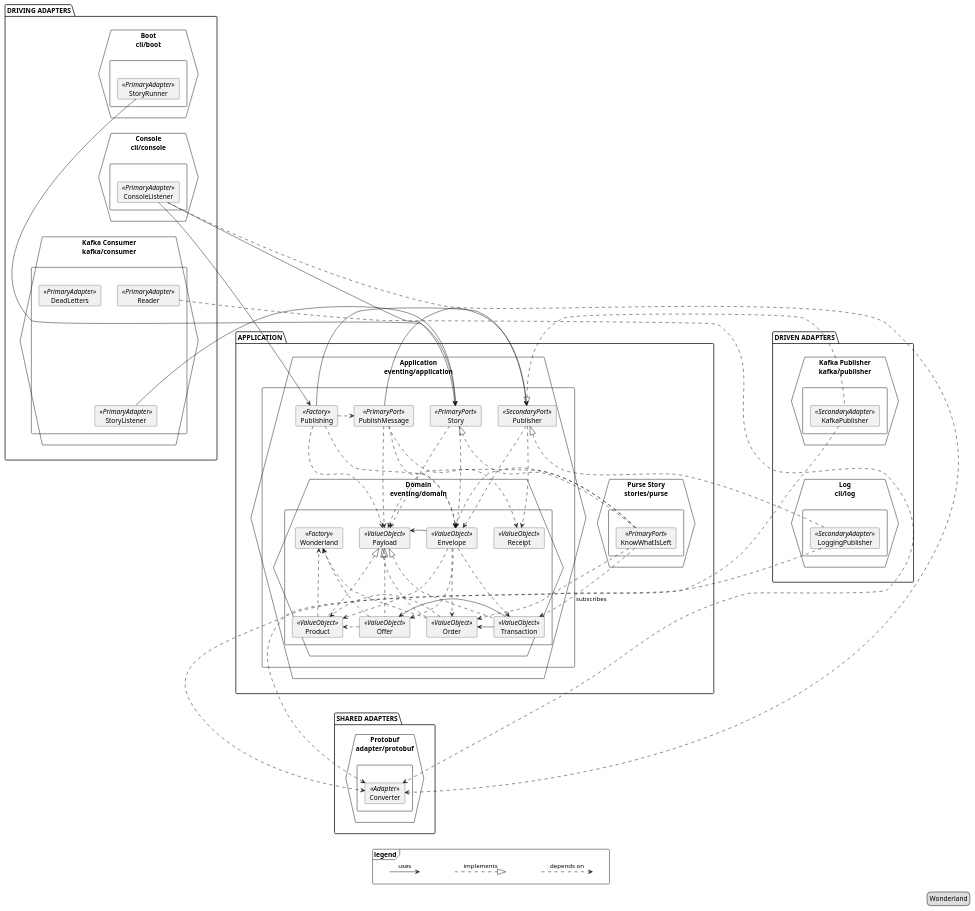
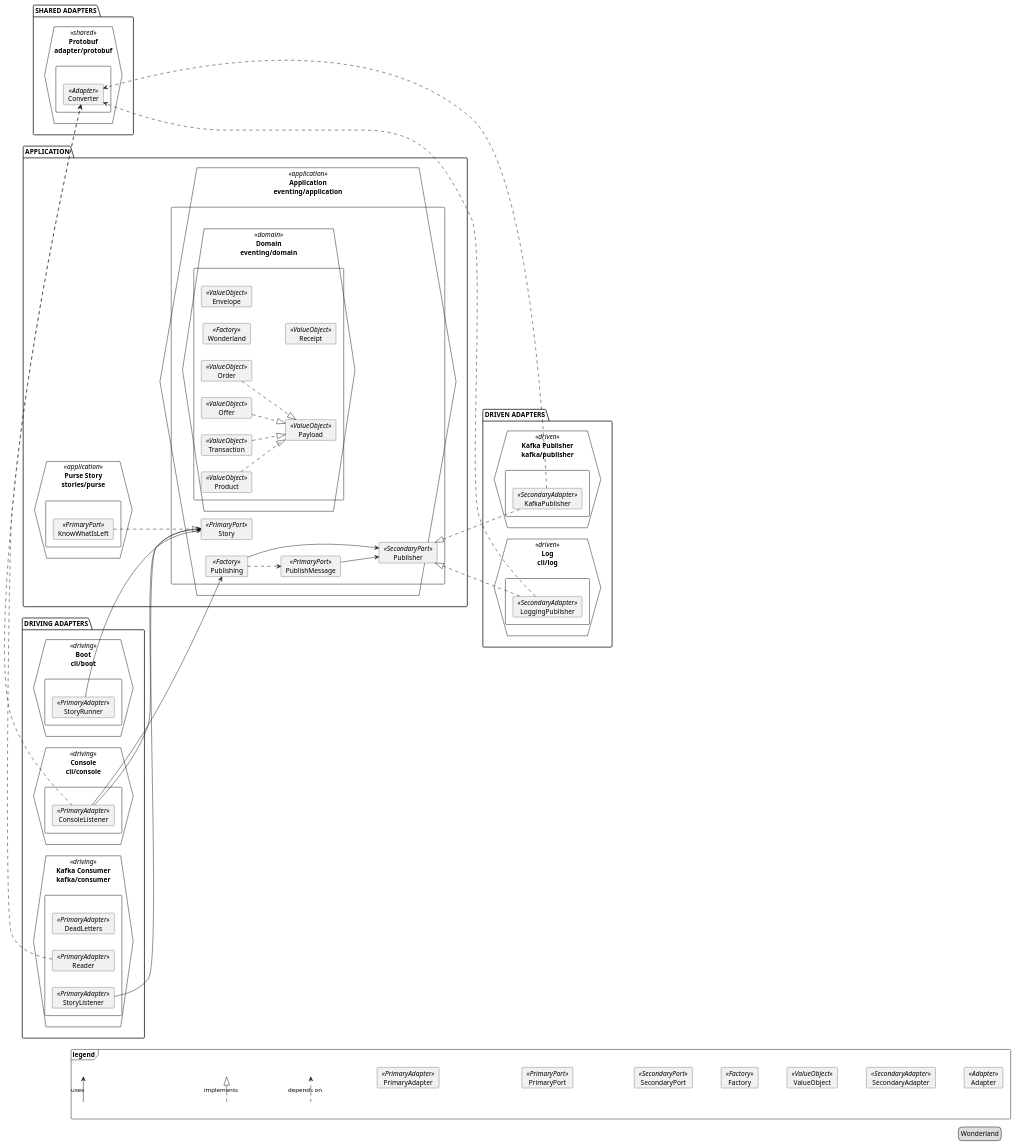
Before and after one commit to Mathmagicians/wonderland-eventing-playground: the diagram in examples/purse/docs/generated/architecture/plantuml/hexagon.puml, drawn with PlantUML. The commit also changed 156 other files, not shown here.

```diff
--- a/examples/purse/docs/generated/architecture/plantuml/hexagon.puml
+++ b/examples/purse/docs/generated/architecture/plantuml/hexagon.puml
@@ -1,169 +1,120 @@
 @startuml
 ' the hexagon from the model: Spring Modulith modules placed by their jMolecules stereotypes
+left to right direction
 
 package "DRIVING ADAPTERS" as driving {
-  hexagon "Boot\ncli/boot" as m_Boot {
+  hexagon "Boot\ncli/boot" as m_Boot <<driving>> {
     rectangle " " as m_Boot_in {
       card "StoryRunner" as m_Boot_StoryRunner <<PrimaryAdapter>>
     }
   }
-  hexagon "Console\ncli/console" as m_Console {
+  hexagon "Console\ncli/console" as m_Console <<driving>> {
     rectangle " " as m_Console_in {
       card "ConsoleListener" as m_Console_ConsoleListener <<PrimaryAdapter>>
     }
   }
-  hexagon "Kafka Consumer\nkafka/consumer" as m_Kafka_Consumer {
+  hexagon "Kafka Consumer\nkafka/consumer" as m_Kafka_Consumer <<driving>> {
     rectangle " " as m_Kafka_Consumer_in {
       card "DeadLetters" as m_Kafka_Consumer_DeadLetters <<PrimaryAdapter>>
       card "Reader" as m_Kafka_Consumer_Reader <<PrimaryAdapter>>
       card "StoryListener" as m_Kafka_Consumer_StoryListener <<PrimaryAdapter>>
-      m_Kafka_Consumer_DeadLetters -[hidden]right-> m_Kafka_Consumer_Reader
-      m_Kafka_Consumer_DeadLetters -[hidden]down-> m_Kafka_Consumer_StoryListener
     }
   }
-  m_Boot_StoryRunner -[hidden]down-> m_Console_ConsoleListener
-  m_Console_ConsoleListener -[hidden]down-> m_Kafka_Consumer_DeadLetters
 }
 package "APPLICATION" as core {
-  hexagon "Application\neventing/application" as m_Application {
+  hexagon "Application\neventing/application" as m_Application <<application>> {
     rectangle " " as m_Application_in {
       card "PublishMessage" as m_Application_PublishMessage <<PrimaryPort>>
       card "Story" as m_Application_Story <<PrimaryPort>>
       card "Publisher" as m_Application_Publisher <<SecondaryPort>>
       card "Publishing" as m_Application_Publishing <<Factory>>
-      m_Application_PublishMessage -[hidden]right-> m_Application_Story
-      m_Application_Story -[hidden]right-> m_Application_Publisher
-      m_Application_Publisher -[hidden]right-> m_Application_Publishing
-      hexagon "Domain\neventing/domain" as m_Domain {
+      hexagon "Domain\neventing/domain" as m_Domain <<domain>> {
         rectangle " " as m_Domain_in {
           card "Wonderland" as m_Domain_Wonderland <<Factory>>
           card "Envelope" as m_Domain_Envelope <<ValueObject>>
           card "Payload" as m_Domain_Payload <<ValueObject>>
           card "Offer" as m_Domain_Offer <<ValueObject>>
           card "Order" as m_Domain_Order <<ValueObject>>
           card "Product" as m_Domain_Product <<ValueObject>>
           card "Transaction" as m_Domain_Transaction <<ValueObject>>
-          m_Domain_Offer .up.|> m_Domain_Payload
-          m_Domain_Order .up.|> m_Domain_Payload
-          m_Domain_Product .up.|> m_Domain_Payload
-          m_Domain_Transaction .up.|> m_Domain_Payload
+          m_Domain_Offer ..|> m_Domain_Payload
+          m_Domain_Order ..|> m_Domain_Payload
+          m_Domain_Product ..|> m_Domain_Payload
+          m_Domain_Transaction ..|> m_Domain_Payload
           card "Receipt" as m_Domain_Receipt <<ValueObject>>
-          m_Domain_Wonderland -[hidden]right-> m_Domain_Envelope
-          m_Domain_Envelope -[hidden]right-> m_Domain_Payload
-          m_Domain_Payload -[hidden]right-> m_Domain_Receipt
-          m_Domain_Offer -[hidden]right-> m_Domain_Order
-          m_Domain_Order -[hidden]right-> m_Domain_Product
-          m_Domain_Product -[hidden]right-> m_Domain_Transaction
-          m_Domain_Payload -[hidden]down-> m_Domain_Order
         }
       }
-      m_Application_PublishMessage -[hidden]down-> m_Domain_Envelope
-      m_Application_Story -[hidden]down-> m_Domain_Envelope
-      m_Application_Publisher -[hidden]down-> m_Domain_Envelope
-      m_Application_Publishing -[hidden]down-> m_Domain_Envelope
     }
   }
-  hexagon "Purse Story\nstories/purse" as m_Purse_Story {
+  hexagon "Purse Story\nstories/purse" as m_Purse_Story <<application>> {
     rectangle " " as m_Purse_Story_in {
       card "KnowWhatIsLeft" as m_Purse_Story_KnowWhatIsLeft <<PrimaryPort>>
     }
   }
-  m_Domain_Offer -[hidden]down-> m_Purse_Story_KnowWhatIsLeft
-  m_Domain_Order -[hidden]down-> m_Purse_Story_KnowWhatIsLeft
-  m_Domain_Product -[hidden]down-> m_Purse_Story_KnowWhatIsLeft
-  m_Domain_Transaction -[hidden]down-> m_Purse_Story_KnowWhatIsLeft
 }
 package "DRIVEN ADAPTERS" as driven {
-  hexagon "Kafka Publisher\nkafka/publisher" as m_Kafka_Publisher {
+  hexagon "Kafka Publisher\nkafka/publisher" as m_Kafka_Publisher <<driven>> {
     rectangle " " as m_Kafka_Publisher_in {
       card "KafkaPublisher" as m_Kafka_Publisher_KafkaPublisher <<SecondaryAdapter>>
     }
   }
-  hexagon "Log\ncli/log" as m_Log {
+  hexagon "Log\ncli/log" as m_Log <<driven>> {
     rectangle " " as m_Log_in {
       card "LoggingPublisher" as m_Log_LoggingPublisher <<SecondaryAdapter>>
     }
   }
-  m_Kafka_Publisher_KafkaPublisher -[hidden]down-> m_Log_LoggingPublisher
 }
 package "SHARED ADAPTERS" as shared {
-  hexagon "Protobuf\nadapter/protobuf" as m_Protobuf {
+  hexagon "Protobuf\nadapter/protobuf" as m_Protobuf <<shared>> {
     rectangle " " as m_Protobuf_in {
       card "Converter" as m_Protobuf_Converter <<Adapter>>
     }
   }
 }
-label " " as t_driving
-t_driving -[hidden]down-> m_Boot_StoryRunner
-label " " as t_core
-t_driving -[hidden]right-> t_core
-driving -[hidden]right-> core
-t_core -[hidden]down-> m_Application_Story
-label " " as t_driven
-t_core -[hidden]right-> t_driven
-core -[hidden]right-> driven
-t_driven -[hidden]down-> m_Kafka_Publisher_KafkaPublisher
-m_Domain_Offer -[hidden]down-> m_Protobuf_Converter
-m_Domain_Order -[hidden]down-> m_Protobuf_Converter
-m_Domain_Product -[hidden]down-> m_Protobuf_Converter
-m_Domain_Transaction -[hidden]down-> m_Protobuf_Converter
-m_Purse_Story_KnowWhatIsLeft -[hidden]down-> m_Protobuf_Converter
 
-m_Application_PublishMessage -right-> m_Application_Publisher
-m_Application_PublishMessage ..> m_Domain_Envelope
-m_Application_PublishMessage ..> m_Domain_Payload
-m_Application_PublishMessage ..> m_Domain_Receipt
-m_Application_Publisher ..> m_Domain_Envelope
-m_Application_Publisher ..> m_Domain_Receipt
-m_Application_Publishing .right.> m_Application_PublishMessage
-m_Application_Publishing -right-> m_Application_Publisher
-m_Application_Publishing ..> m_Domain_Envelope
-m_Application_Publishing ..> m_Domain_Payload
-m_Application_Story ..> m_Domain_Envelope
-m_Application_Story ..> m_Domain_Payload
-m_Boot_StoryRunner -right-> m_Application_Story
-m_Console_ConsoleListener -right-> m_Application_Publishing
-m_Console_ConsoleListener -right-> m_Application_Story
+m_Application_PublishMessage --> m_Application_Publisher
+m_Application_Publishing ..> m_Application_PublishMessage
+m_Application_Publishing --> m_Application_Publisher
+m_Boot_StoryRunner --> m_Application_Story
+m_Console_ConsoleListener --> m_Application_Publishing
+m_Console_ConsoleListener --> m_Application_Story
 m_Console_ConsoleListener .[norank].> m_Protobuf_Converter
-m_Domain_Envelope .right.> m_Domain_Offer
-m_Domain_Envelope .right.> m_Domain_Order
-m_Domain_Envelope -right-> m_Domain_Payload
-m_Domain_Envelope .right.> m_Domain_Product
-m_Domain_Envelope .right.> m_Domain_Transaction
-m_Domain_Offer .right.> m_Domain_Product
-m_Domain_Offer .right.> m_Domain_Wonderland
-m_Domain_Order .right.> m_Domain_Product
-m_Domain_Order .right.> m_Domain_Wonderland
-m_Domain_Product .right.> m_Domain_Wonderland
-m_Domain_Transaction -right-> m_Domain_Offer
-m_Domain_Transaction -right-> m_Domain_Order
 m_Kafka_Consumer_Reader .[norank].> m_Protobuf_Converter
-m_Kafka_Consumer_StoryListener -right-> m_Application_Story
-m_Kafka_Publisher_KafkaPublisher .left.|> m_Application_Publisher
+m_Kafka_Consumer_StoryListener --> m_Application_Story
+m_Application_Publisher <|.. m_Kafka_Publisher_KafkaPublisher
 m_Kafka_Publisher_KafkaPublisher .[norank].> m_Protobuf_Converter
-m_Log_LoggingPublisher .left.|> m_Application_Publisher
+m_Application_Publisher <|.. m_Log_LoggingPublisher
 m_Log_LoggingPublisher .[norank].> m_Protobuf_Converter
 m_Purse_Story_KnowWhatIsLeft ..|> m_Application_Story
-m_Purse_Story_KnowWhatIsLeft ..> m_Domain_Envelope
-m_Purse_Story_KnowWhatIsLeft ..> m_Domain_Order
-m_Purse_Story_KnowWhatIsLeft ..> m_Domain_Payload
-m_Purse_Story_KnowWhatIsLeft ..> m_Domain_Transaction : subscribes
 
 frame "legend" as legend {
   label " " as l_uses_from
   label " " as l_uses_to
   l_uses_from -right-> l_uses_to : uses
   label " " as l_implements_from
   label " " as l_implements_to
   l_implements_from .right.|> l_implements_to : implements
   label " " as l_depends_on_from
   label " " as l_depends_on_to
   l_depends_on_from .right.> l_depends_on_to : depends on
-  l_uses_to -[hidden]right-> l_implements_from
-  l_implements_to -[hidden]right-> l_depends_on_from
+  card "PrimaryAdapter" as l_role_PrimaryAdapter <<PrimaryAdapter>>
+  card "PrimaryPort" as l_role_PrimaryPort <<PrimaryPort>>
+  card "SecondaryPort" as l_role_SecondaryPort <<SecondaryPort>>
+  card "Factory" as l_role_Factory <<Factory>>
+  card "ValueObject" as l_role_ValueObject <<ValueObject>>
+  card "SecondaryAdapter" as l_role_SecondaryAdapter <<SecondaryAdapter>>
+  card "Adapter" as l_role_Adapter <<Adapter>>
+  l_uses_to -[hidden]-> l_implements_from
+  l_implements_to -[hidden]-> l_depends_on_from
+  l_depends_on_to -[hidden]-> l_role_PrimaryAdapter
+  l_role_PrimaryAdapter -[hidden]-> l_role_PrimaryPort
+  l_role_PrimaryPort -[hidden]-> l_role_SecondaryPort
+  l_role_SecondaryPort -[hidden]-> l_role_Factory
+  l_role_Factory -[hidden]-> l_role_ValueObject
+  l_role_ValueObject -[hidden]-> l_role_SecondaryAdapter
+  l_role_SecondaryAdapter -[hidden]-> l_role_Adapter
 }
-m_Protobuf_Converter -[hidden]down-> l_uses_from
 legend right
   Wonderland
 endlegend
 @enduml
```
